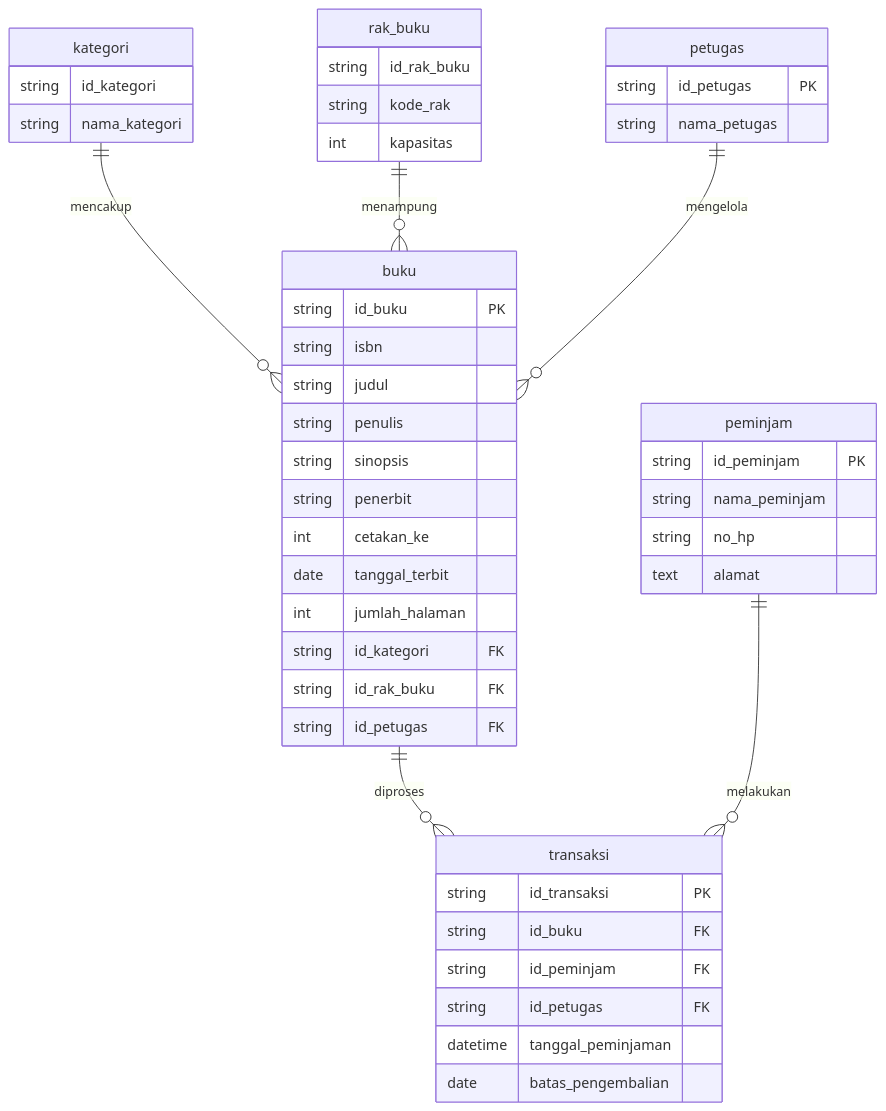
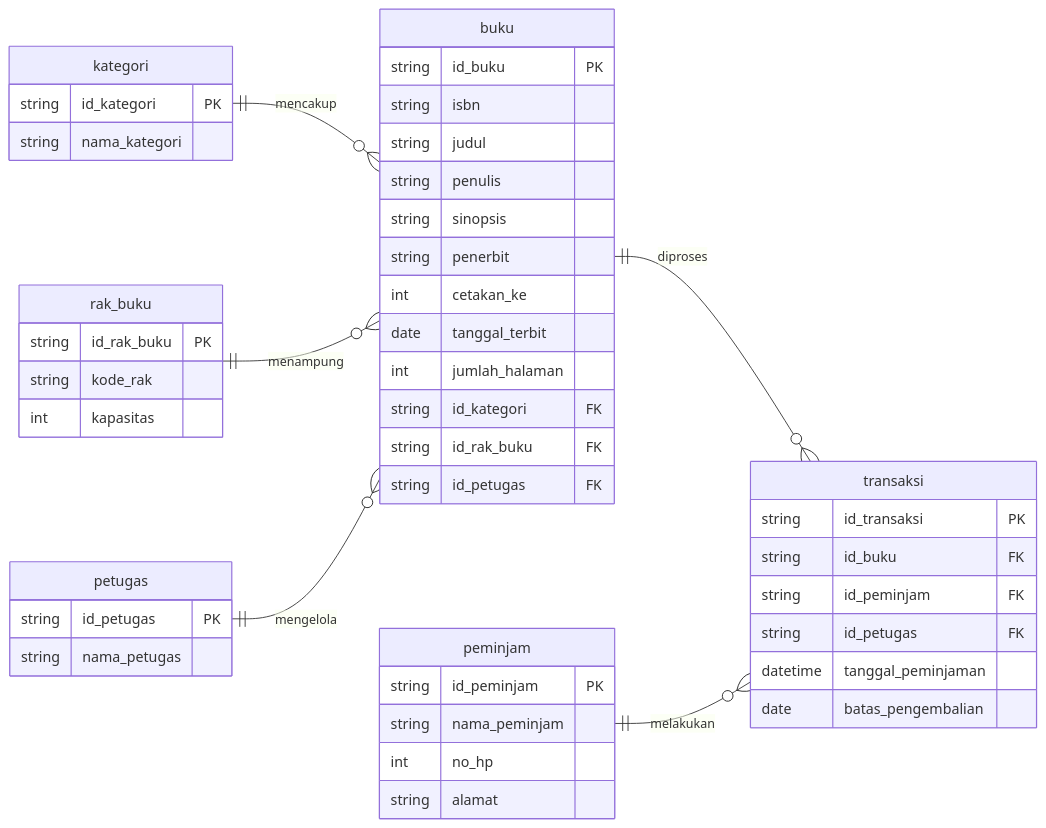
The diagram in README.md (ranandasatria/fgo24-db-erd), drawn with Mermaid before and after one commit. The commit also changed 1 other file, not shown here.

Commit message:
feat: create table with postgreSQL

````diff
--- a/README.md
+++ b/README.md
@@ -1,55 +1,56 @@
 ```mermaid
 erDiagram
+direction LR
     kategori ||--o{ buku : mencakup
     rak_buku ||--o{ buku : menampung
     petugas ||--o{ buku : mengelola
     buku ||--o{ transaksi : diproses
     peminjam ||--o{ transaksi : melakukan
 
     buku {
         string id_buku PK
         string isbn 
         string judul
         string penulis
         string sinopsis 
         string penerbit
         int cetakan_ke
         date tanggal_terbit
         int jumlah_halaman
         string id_kategori FK
         string id_rak_buku FK
         string id_petugas FK
     }
 
     kategori {
-        string id_kategori 
+        string id_kategori PK
         string nama_kategori
     }
 
     rak_buku {
-        string id_rak_buku 
+        string id_rak_buku PK
         string kode_rak
         int kapasitas
     }
 
     petugas {
         string id_petugas PK
         string nama_petugas
     }
 
     peminjam {
         string id_peminjam PK
         string nama_peminjam
-        string no_hp
-        text alamat
+        int no_hp
+        string alamat
     }
 
     transaksi {
         string id_transaksi PK
         string id_buku FK
         string id_peminjam FK
         string id_petugas FK
         datetime tanggal_peminjaman
         date batas_pengembalian
     }
 ```
````
